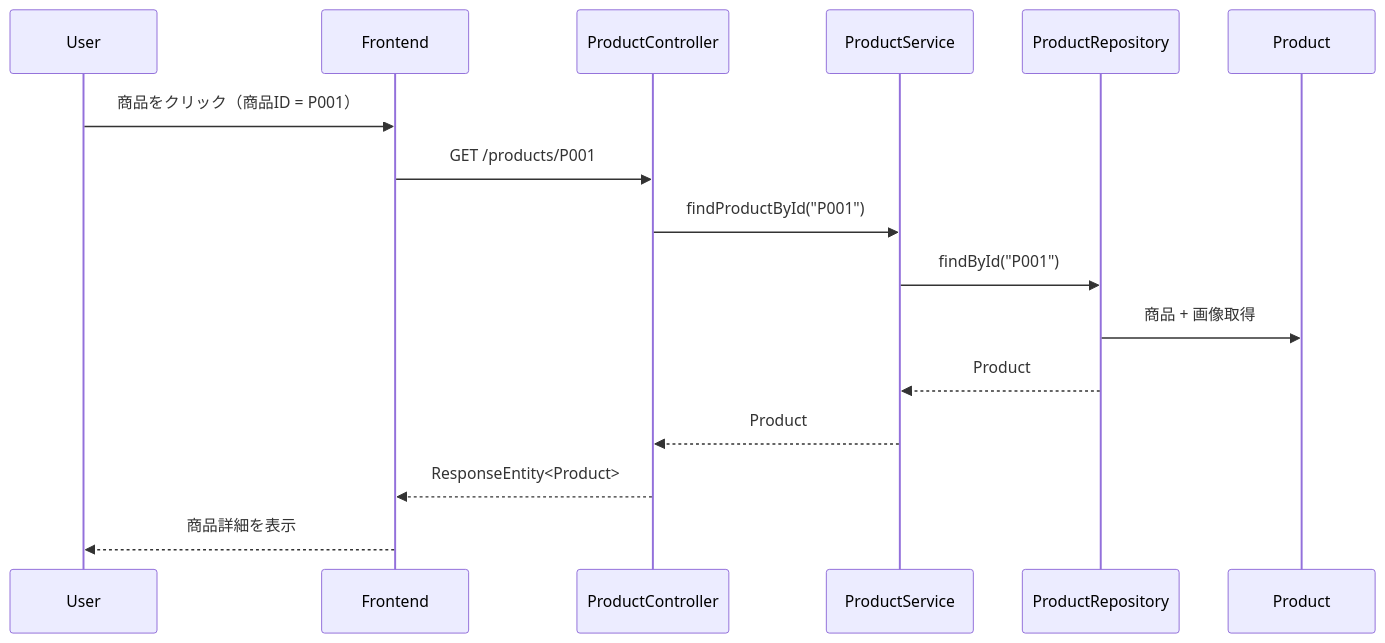
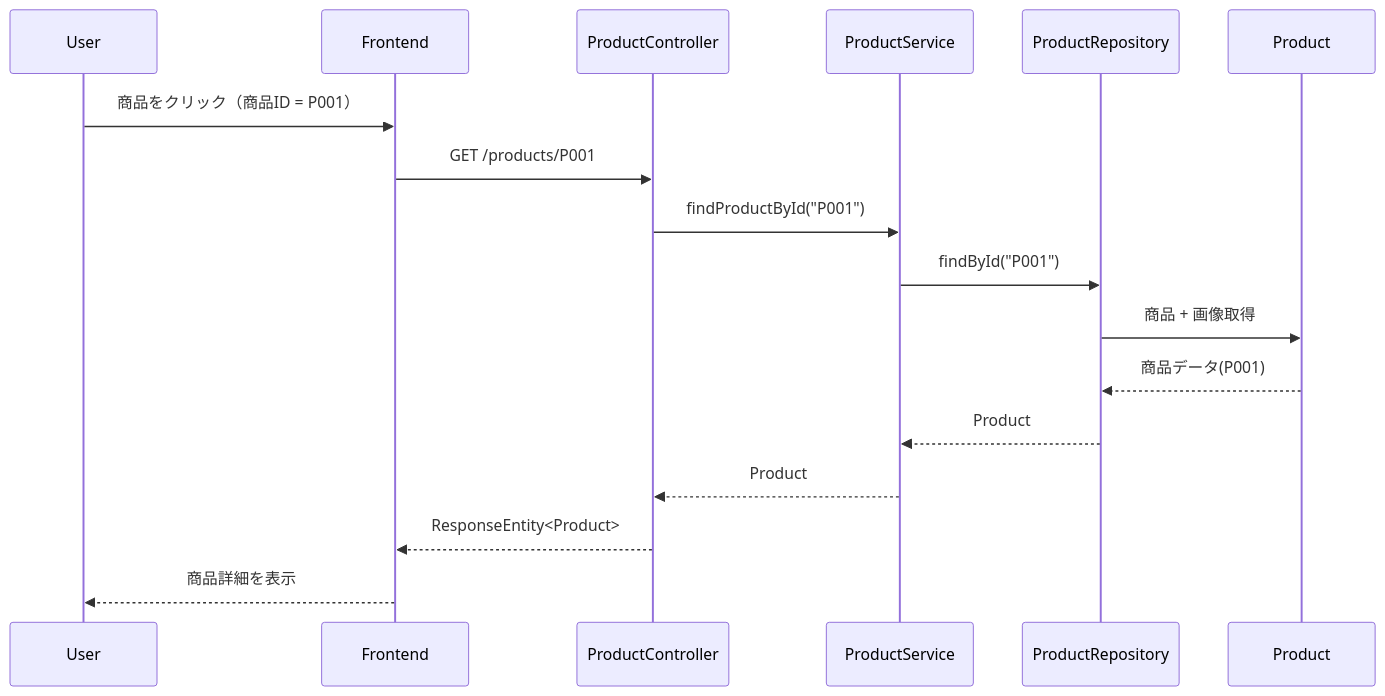
Before and after one commit to ainaga09/ACE: the second of 5 diagrams in 詳細設計/シークエンス図.md, drawn with Mermaid. The commit also changed other lines of this file, not shown here.

```diff
--- a/詳細設計/シークエンス図.md
+++ b/詳細設計/シークエンス図.md
@@ -25,20 +26,21 @@
 <div class="mermaid">
 sequenceDiagram
     participant User
     participant Frontend
     participant ProductController
     participant ProductService
     participant ProductRepository
     participant Product
 
     User->>Frontend: 商品をクリック（商品ID = P001）
     Frontend->>ProductController: GET /products/P001
     ProductController->>ProductService: findProductById("P001")
     ProductService->>ProductRepository: findById("P001")
     ProductRepository->>Product: 商品 + 画像取得
+    Product-->>ProductRepository:商品データ(P001)
     ProductRepository-->>ProductService: Product
     ProductService-->>ProductController: Product
     ProductController-->>Frontend: ResponseEntity<Product>
     Frontend-->>User: 商品詳細を表示
 
 </div>
```
